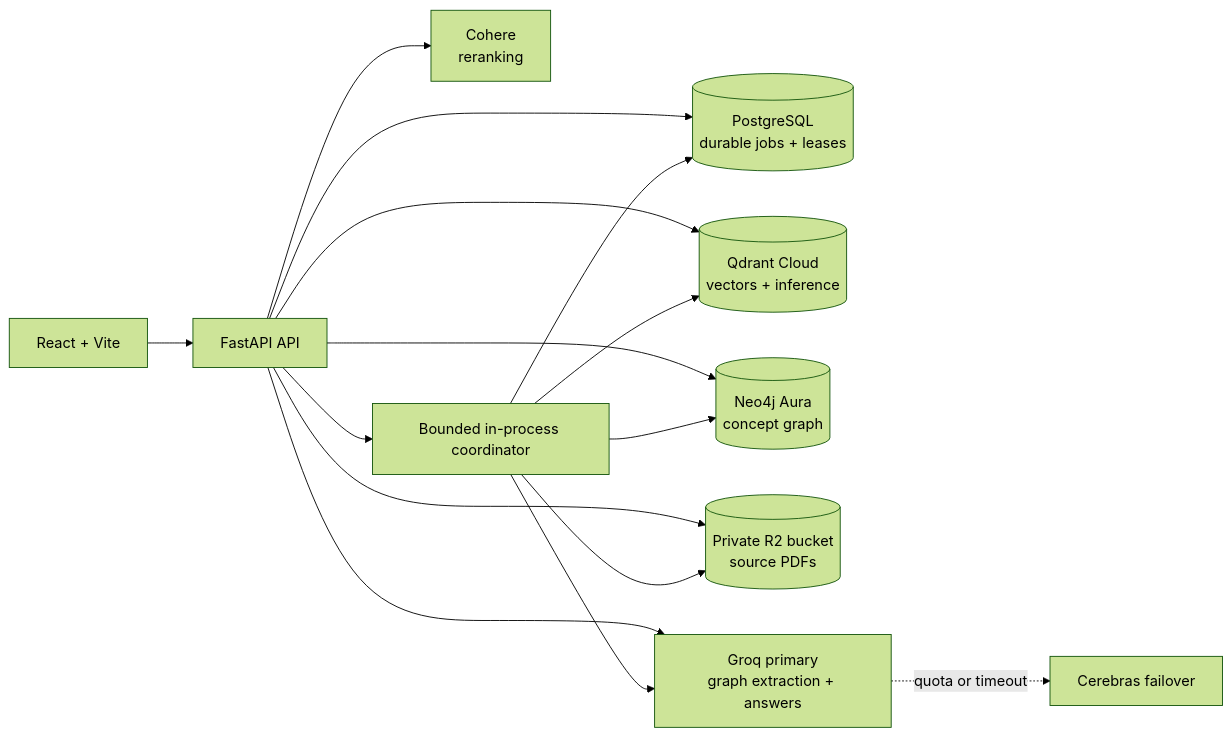
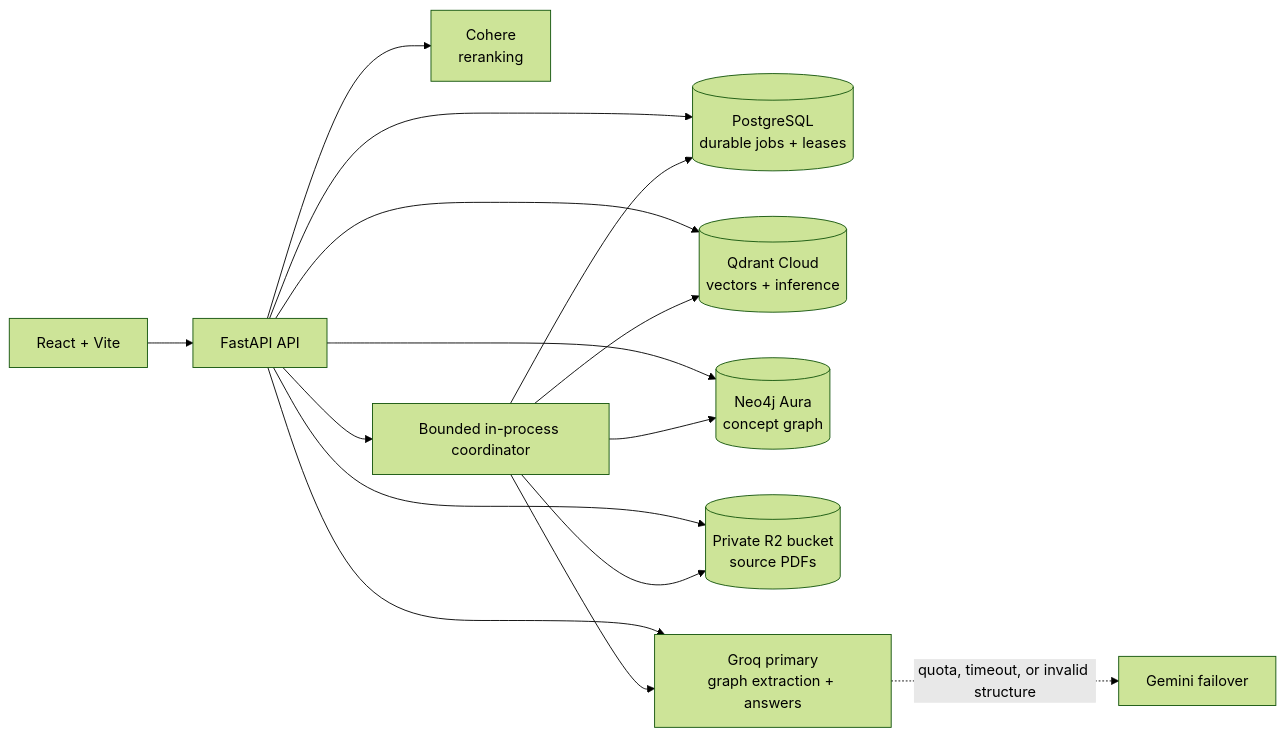
Before and after one commit to Ninjax26/conceptgraph-portfolio: the first of 3 diagrams in README.md, drawn with Mermaid (forest theme). The commit also changed other lines of this file and 18 other files, not shown here.

Commit message:
feat: resume graph extraction and improve PDF parsing

````diff
--- a/README.md
+++ b/README.md
@@ -50,17 +50,17 @@
 ```mermaid
 flowchart LR
   UI[React + Vite] --> API[FastAPI API]
   API --> PG[(PostgreSQL\ndurable jobs + leases)]
   API --> Q[(Qdrant Cloud\nvectors + inference)]
   API --> N[(Neo4j Aura\nconcept graph)]
   API --> R2[(Private R2 bucket\nsource PDFs)]
   API --> LLM[Groq primary\ngraph extraction + answers]
-  LLM -. quota or timeout .-> CB[Cerebras failover]
+  LLM -. quota, timeout, or invalid structure .-> CB[Gemini failover]
   API --> RR[Cohere\nreranking]
   API --> C[Bounded in-process coordinator]
   C --> PG
   C --> R2
   C --> Q
   C --> N
   C --> LLM
 ```
````
